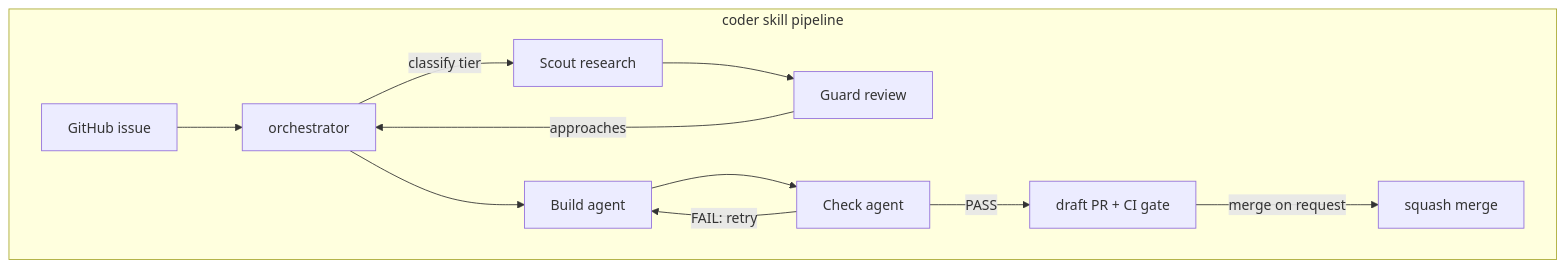
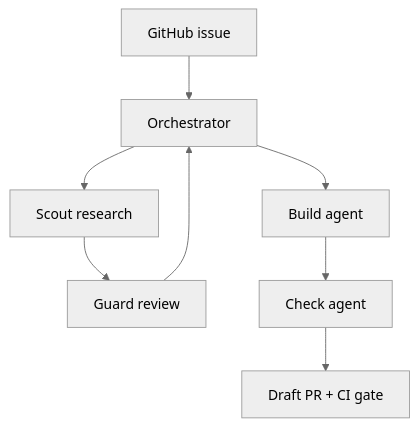
One commit to clouatre-labs/agentic-coder-skill changed the diagram in docs/diagrams/architecture.mmd. Above: the diagram before and after it, drawn with Mermaid. The commit also changed 2 other files, not shown here.

Commit message:
docs(diagram): simplify architecture diagram to flat TD flow (#66)
* docs(readme): restore pertinent badge row (CC, markdown lint, harnesses)

* docs(diagram): simplify architecture diagram to flat TD flow

* docs(diagram): align styling with neutral theme (bleusite-reports)

---------

```diff
--- a/docs/diagrams/architecture.mmd
+++ b/docs/diagrams/architecture.mmd
@@ -1,13 +1,12 @@
+---
+config:
+  theme: neutral
+---
 graph TD
-    subgraph FLOW["coder skill pipeline"]
-        direction LR
-        ISSUE[GitHub issue] --> ORCH[orchestrator]
-        ORCH -->|"classify tier"| SC[Scout research]
-        SC --> GU[Guard review]
-        GU -->|"approaches"| ORCH
-        ORCH --> BU[Build agent]
-        BU --> CH[Check agent]
-        CH -->|"FAIL: retry"| BU
-        CH -->|"PASS"| PRD[draft PR + CI gate]
-        PRD -->|"merge on request"| MG[squash merge]
-    end
+    ISSUE[GitHub issue] --> ORCH[Orchestrator]
+    ORCH --> SC[Scout research]
+    SC --> GU[Guard review]
+    GU --> ORCH
+    ORCH --> BU[Build agent]
+    BU --> CH[Check agent]
+    CH --> PR[Draft PR + CI gate]
```
